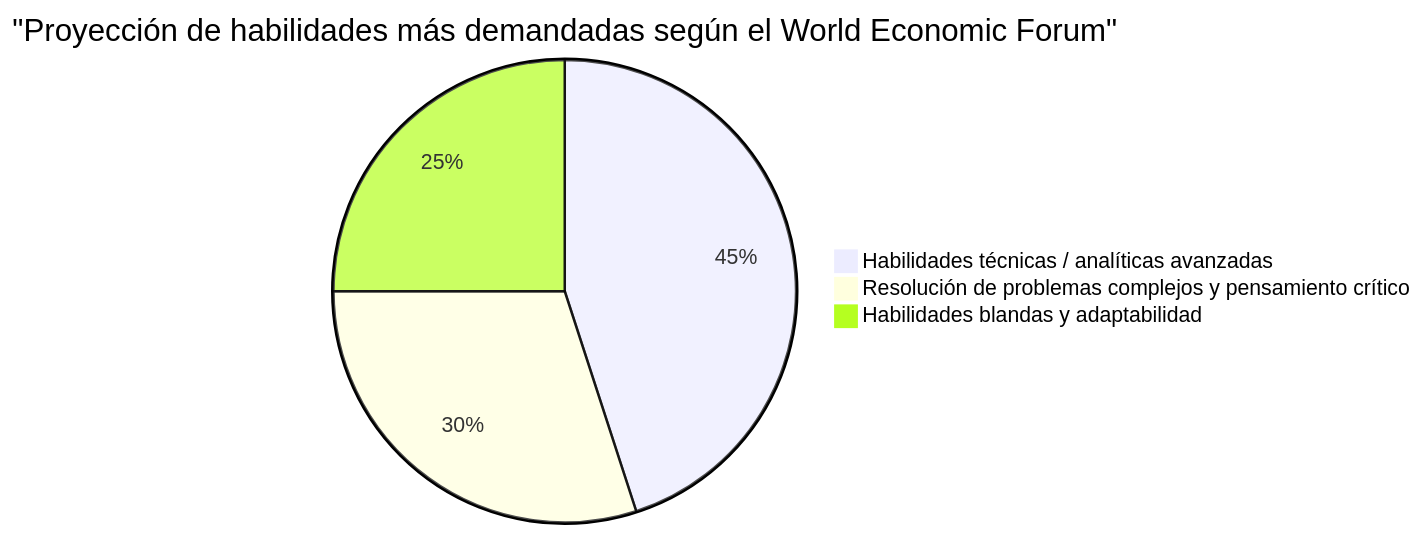
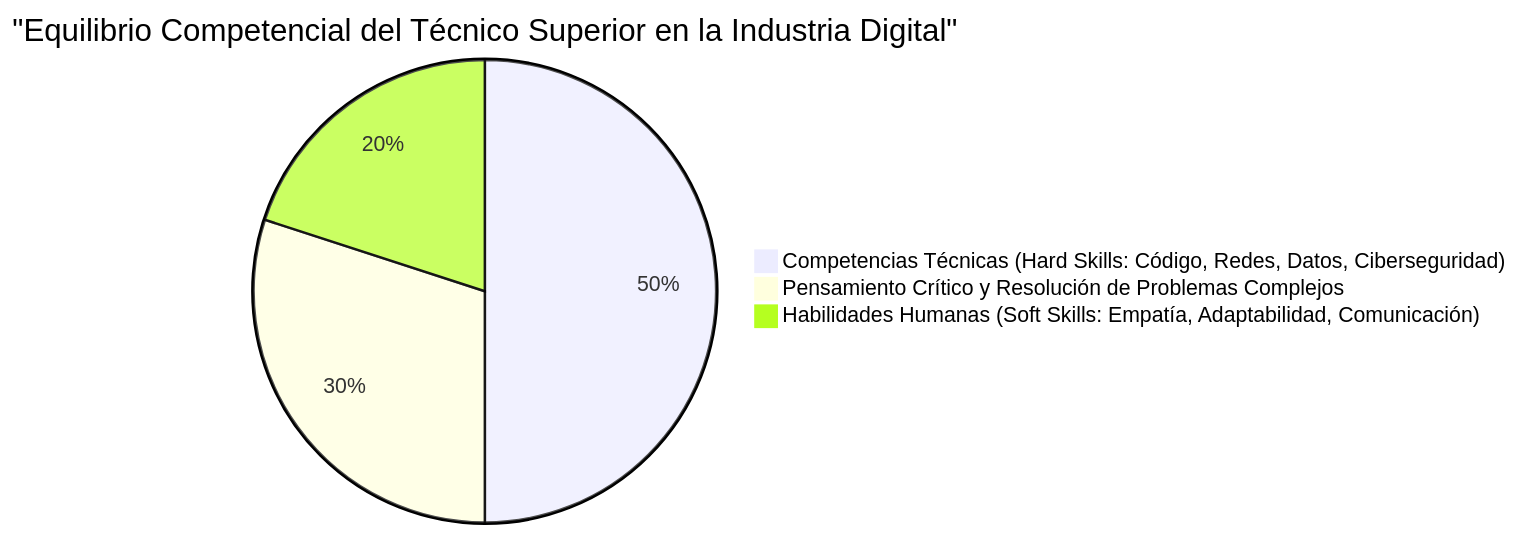
One commit to jssdocente/dasp2627d changed the seventh of 7 diagrams in docs/temas/01-digitalizacion/01-revoluciones-industriales.md. Above: the diagram before and after it, drawn with Mermaid. The commit also changed other lines of this file, not shown here.

````diff
--- a/docs/temas/01-digitalizacion/01-revoluciones-industriales.md
+++ b/docs/temas/01-digitalizacion/01-revoluciones-industriales.md
@@ -133,6 +236,6 @@
 ```mermaid
-pie title "Proyección de habilidades más demandadas según el World Economic Forum"
-    "Habilidades técnicas / analíticas avanzadas" : 45
-    "Resolución de problemas complejos y pensamiento crítico" : 30
-    "Habilidades blandas y adaptabilidad" : 25
+pie title "Equilibrio Competencial del Técnico Superior en la Industria Digital"
+    "Competencias Técnicas (Hard Skills: Código, Redes, Datos, Ciberseguridad)" : 50
+    "Pensamiento Crítico y Resolución de Problemas Complejos" : 30
+    "Habilidades Humanas (Soft Skills: Empatía, Adaptabilidad, Comunicación)" : 20
 ```
````
